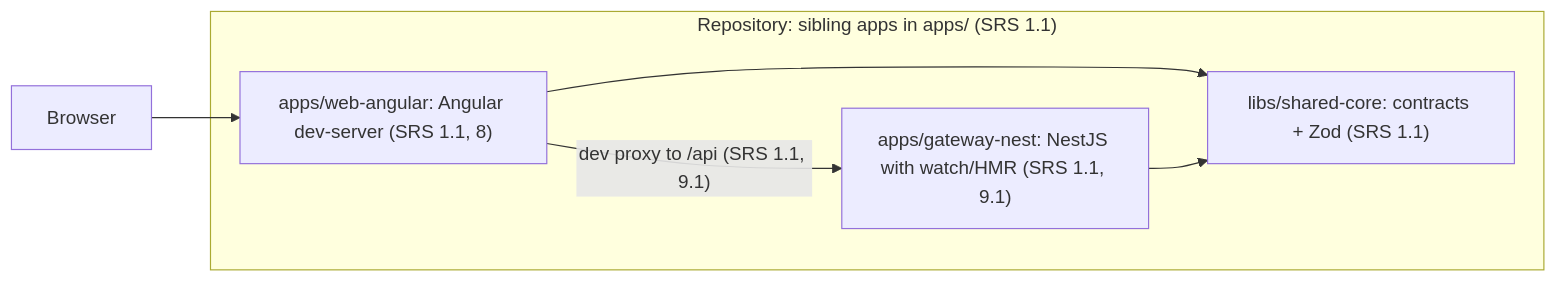
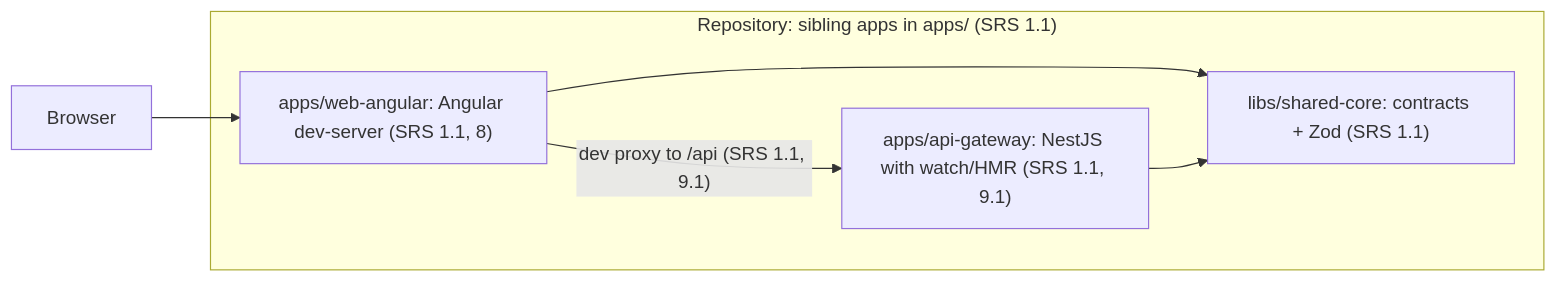
One commit to virgenherrera/lan-solution-template changed the first of 3 diagrams in docs/architecture/overview.md. Above: the diagram before and after it, drawn with Mermaid. The commit also changed other lines of this file and 59 other files, not shown here.

Commit message:
feat: POC-1 monorepo, Nest apps and one SEA sidecar (1a to 1c) (#4)

````diff
--- a/docs/architecture/overview.md
+++ b/docs/architecture/overview.md
@@ -63,12 +63,12 @@
 ```mermaid
 flowchart LR
     subgraph Repo["Repository: sibling apps in apps/ (SRS 1.1)"]
       A["apps/web-angular: Angular dev-server (SRS 1.1, 8)"]
-      N["apps/gateway-nest: NestJS with watch/HMR (SRS 1.1, 9.1)"]
+      N["apps/api-gateway: NestJS with watch/HMR (SRS 1.1, 9.1)"]
       C["libs/shared-core: contracts + Zod (SRS 1.1)"]
     end
     BR["Browser"] --> A
     A -->|"dev proxy to /api (SRS 1.1, 9.1)"| N
     A --> C
     N --> C
 ```
````
